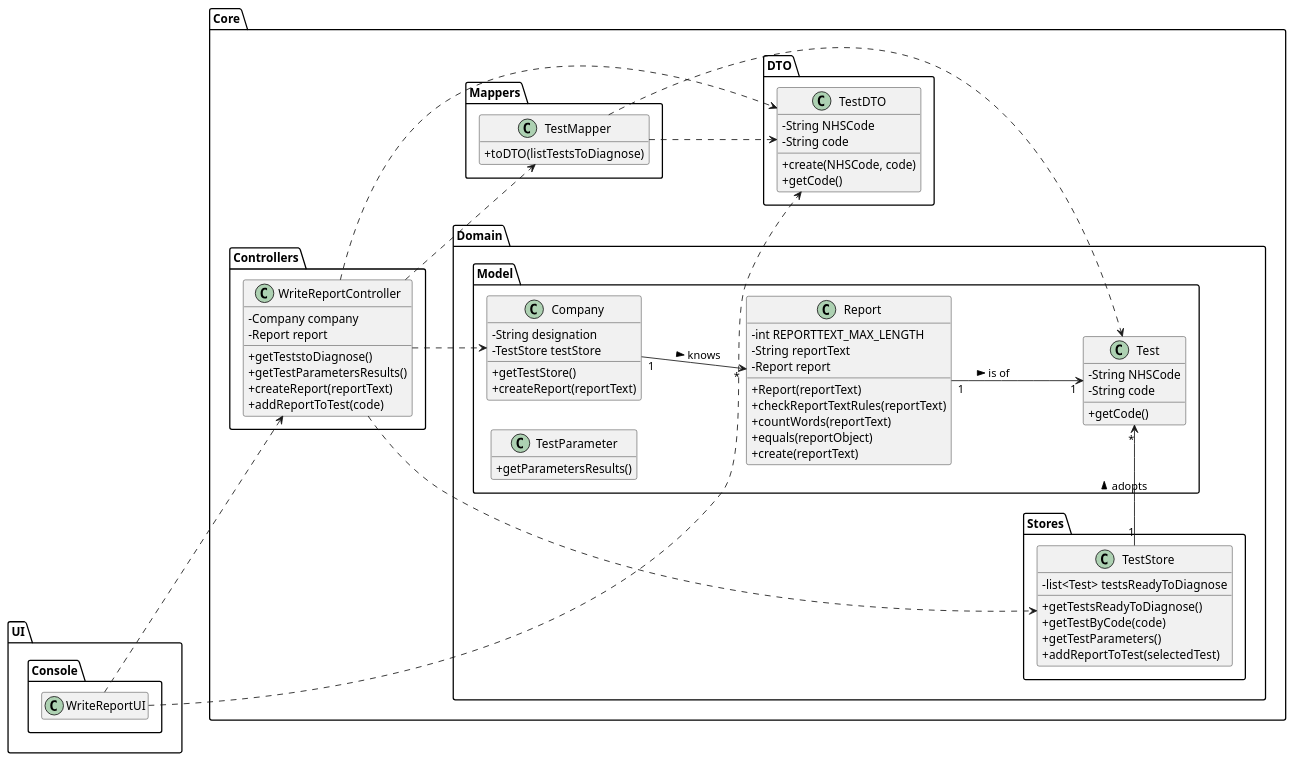
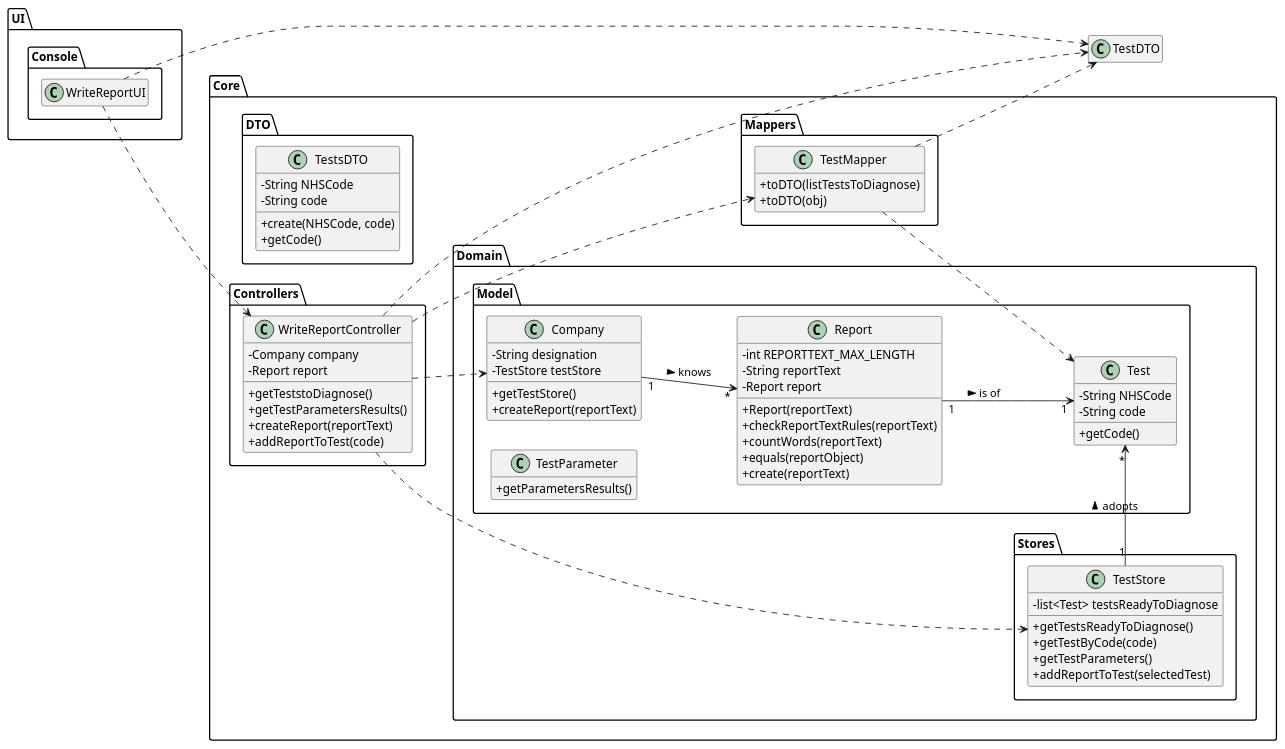
One commit to ana-albergaria/LAPR2-ISEP changed the diagram in docs/SprintC/US_14/US14_CD.puml. Above: the diagram before and after it, drawn with PlantUML. The commit also changed 1 other file, not shown here.

```diff
--- a/docs/SprintC/US_14/US14_CD.puml
+++ b/docs/SprintC/US_14/US14_CD.puml
@@ -1,114 +1,115 @@
 @startuml
 hide empty methods
 hide empty attributes
 left to right direction
 skinparam classAttributeIconSize 0
 
 package Core {
 
 package Domain {
 
 package Model {
 
 class Company {
     -String designation
     -TestStore testStore
     +getTestStore()
     +createReport(reportText)
 }
 
 class Report {
     - int REPORTTEXT_MAX_LENGTH
     - String reportText
     - Report report
     + Report(reportText)
     + checkReportTextRules(reportText)
     + countWords(reportText)
     + equals(reportObject)
     + create(reportText)
 }
 
 class Test {
     -String NHSCode
     -String code
     +getCode()
 }
 
 class TestParameter {
     +getParametersResults()
 }
 
 }
 
 package Stores {
 
 class TestStore {
     -list<Test> testsReadyToDiagnose
     +getTestsReadyToDiagnose()
     +getTestByCode(code)
     +getTestParameters()
     +addReportToTest(selectedTest)
 }
 
 }
 
 }
 
 package Mappers {
 
 class TestMapper {
     +toDTO(listTestsToDiagnose)
+    +toDTO(obj)
 }
 
 }
 
 package DTO {
 
-class TestDTO {
+class TestsDTO {
     -String NHSCode
     -String code
     +create(NHSCode, code)
     +getCode()
 }
 
 }
 
 package Controllers {
 
 class WriteReportController {
     -Company company
     -Report report
     +getTeststoDiagnose()
     +getTestParametersResults()
     +createReport(reportText)
     +addReportToTest(code)
 }
 
 }
 
 }
 
 package UI {
 
 package Console {
 
 class WriteReportUI {
 }
 
 }
 
 }
 
 WriteReportUI ..> WriteReportController
 WriteReportUI ..> TestDTO
 WriteReportController ..> TestMapper
 WriteReportController ..> Company
 WriteReportController ..> TestStore
 WriteReportController ..> TestDTO
 TestStore "1" -> "*" Test : adopts >
 Company "1" --> "*" Report : knows >
 Report "1" --> "1" Test : is of >
 TestMapper ..> Test
 TestMapper ..> TestDTO
 
 @enduml
```
